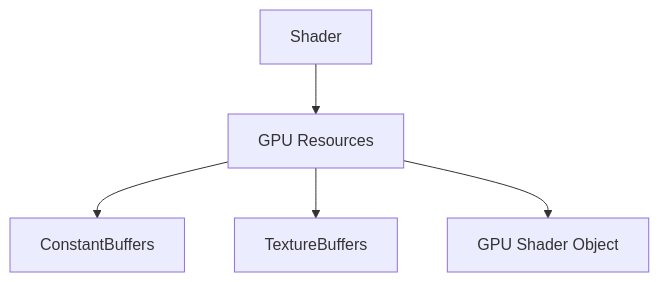
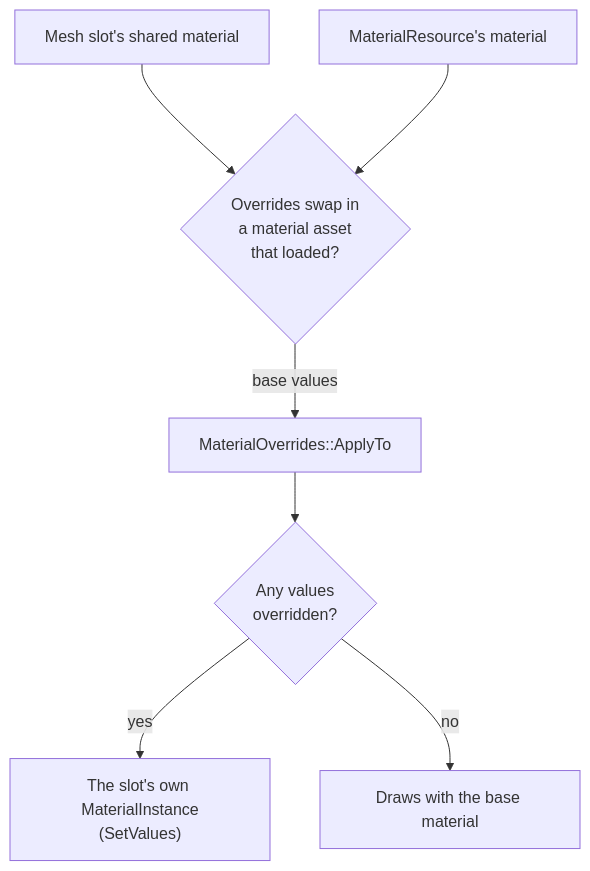
Before and after one commit to b1nary0/RZE: the second of 4 diagrams in Docs/Generated/Engine/04-Rendering/Materials-Meshes-Shaders.md, drawn with Mermaid. The commit also changed other lines of this file and 9 other files, not shown here.

First line of the commit message:
Document shared meshes, material overrides and the new property system

````diff
--- a/Docs/Generated/Engine/04-Rendering/Materials-Meshes-Shaders.md
+++ b/Docs/Generated/Engine/04-Rendering/Materials-Meshes-Shaders.md
@@ -30,8 +57,10 @@
 ```mermaid
 %%{init: {'flowchart': {'subGraphTitleMargin': {'top': 6, 'bottom': 10}}, 'themeCSS': '.labelBkg, .edgeLabel { background-color: var(--background-primary) !important; } .messageText, .labelText, .loopText { paint-order: stroke; stroke: var(--background-primary); stroke-width: 5px; stroke-linejoin: round; }'}}%%
 flowchart TD
-    Shader --> GPURes["GPU Resources"]
-    GPURes --> CB[ConstantBuffers]
-    GPURes --> TB[TextureBuffers]
-    GPURes --> GSO["GPU Shader Object"]
+    Shared["Mesh slot's shared material"] --> Base{"Overrides swap in<br/>a material asset<br/>that loaded?"}
+    Swapped["MaterialResource's material"] --> Base
+    Base -->|"base values"| Apply["MaterialOverrides::ApplyTo"]
+    Apply --> Own{"Any values<br/>overridden?"}
+    Own -->|yes| OwnMaterial["The slot's own MaterialInstance<br/>(SetValues)"]
+    Own -->|no| Draw["Draws with the base material"]
 ```
````
